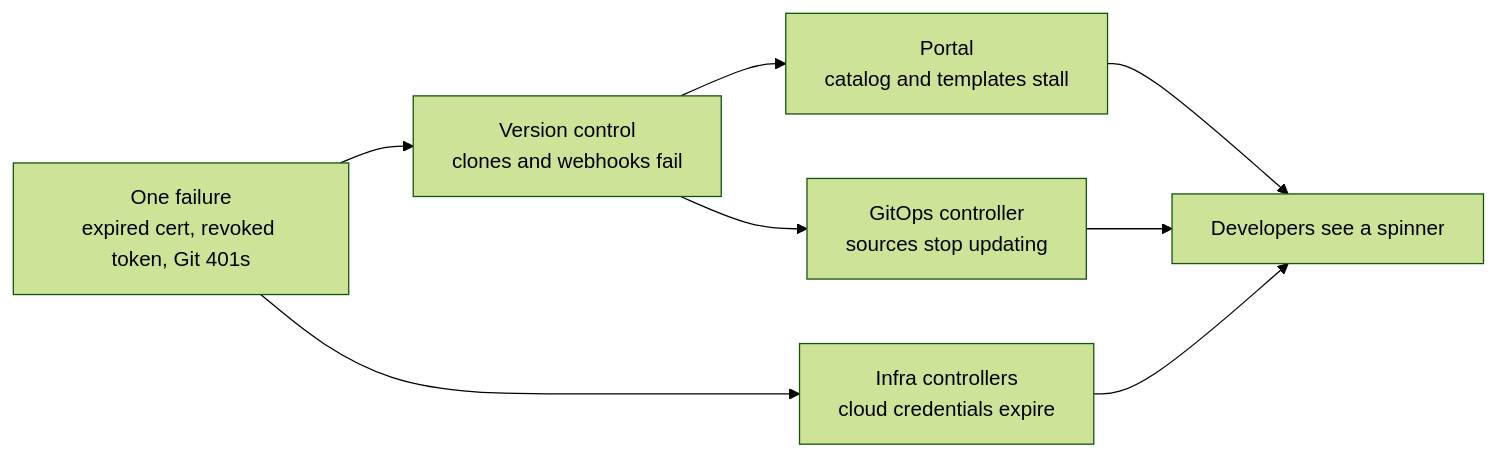
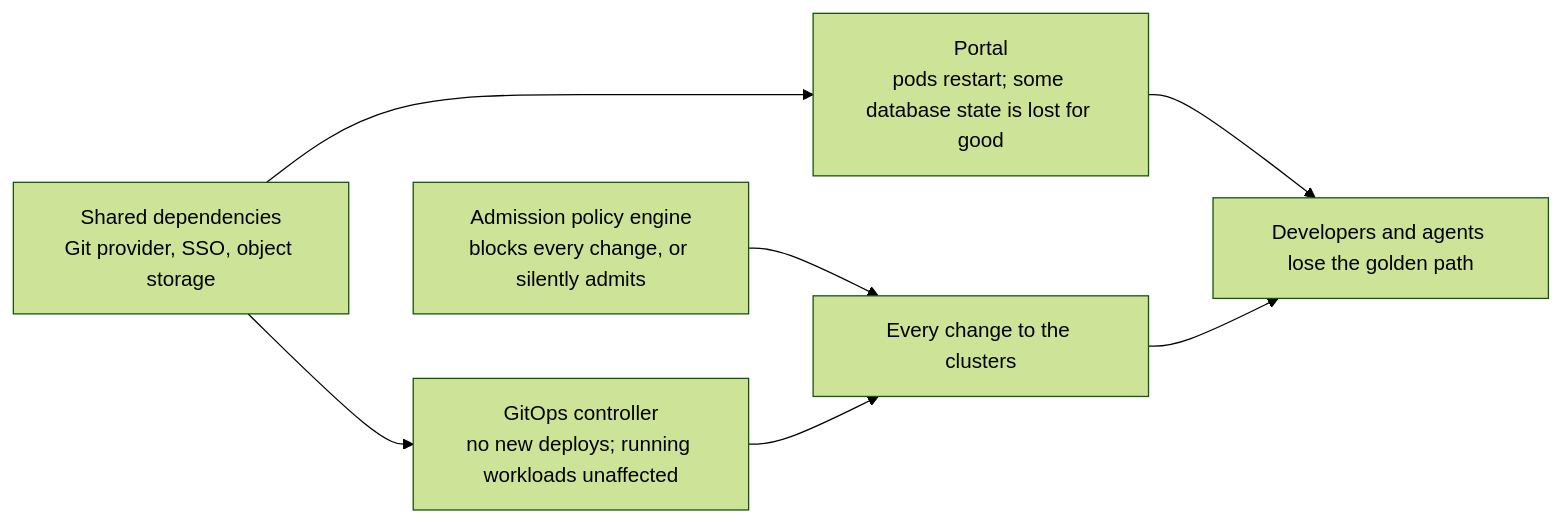
One commit to liskl/kubecon-na-2026-notes changed the second of 5 diagrams in day4/README.md. Above: the diagram before and after it, drawn with Mermaid (forest theme). The commit also changed other lines of this file and 3 other files, not shown here.

````diff
--- a/day4/README.md
+++ b/day4/README.md
@@ -173,10 +199,9 @@
 ```mermaid
 flowchart LR
-  F["One failure<br/>expired cert, revoked token, Git 401s"] --> VC["Version control<br/>clones and webhooks fail"]
-  VC --> P["Portal<br/>catalog and templates stall"]
-  VC --> G["GitOps controller<br/>sources stop updating"]
-  F --> X["Infra controllers<br/>cloud credentials expire"]
-  P --> D["Developers see a spinner"]
-  G --> D
-  X --> D
+  DEP["Shared dependencies<br/>Git provider, SSO, object storage"] --> BS["Portal<br/>pods restart; some database state is lost for good"]
+  DEP --> GO["GitOps controller<br/>no new deploys; running workloads unaffected"]
+  POL["Admission policy engine<br/>blocks every change, or silently admits"] --> CH["Every change to the clusters"]
+  GO --> CH
+  BS --> DEV["Developers and agents lose the golden path"]
+  CH --> DEV
 ```
````
